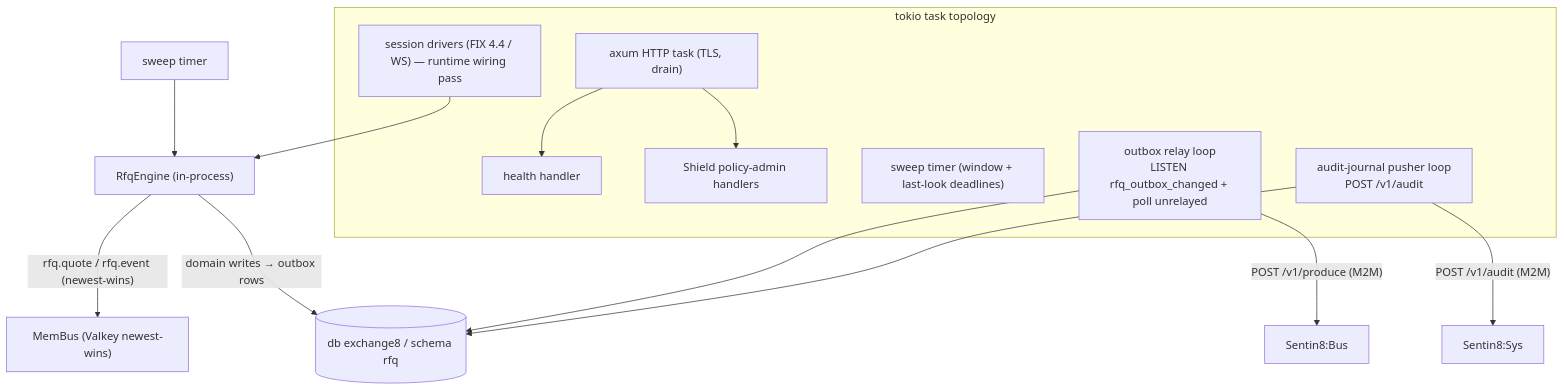
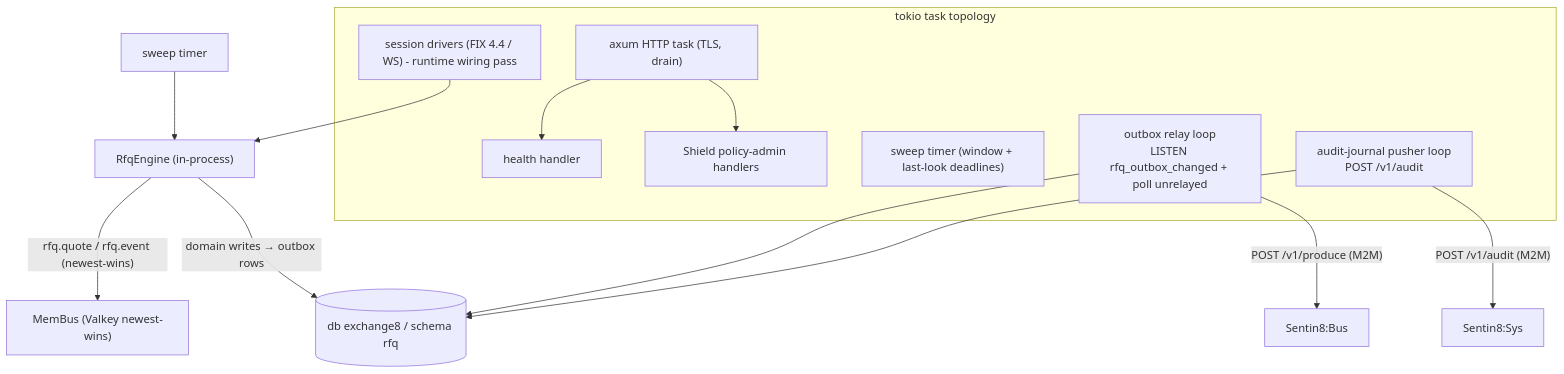
The third of 16 diagrams in DESIGN.md (Exchange8-dev/exchange8-rfq), drawn with Mermaid before and after one commit. The commit also changed other lines of this file and 15 other files, not shown here.

````diff
--- a/DESIGN.md
+++ b/DESIGN.md
@@ -127,27 +127,27 @@
 ```mermaid
 graph TD
     subgraph tasksT["tokio task topology"]
         HTTPT["axum HTTP task (TLS, drain)"]
         HEALTHQ["health handler"]
         POLADMQ["Shield policy-admin handlers"]
-        SESST["session drivers (FIX 4.4 / WS) — runtime wiring pass"]
+        SESST["session drivers (FIX 4.4 / WS) - runtime wiring pass"]
         SWEEPT["sweep timer (window + last-look deadlines)"]
         RELAYTQ["outbox relay loop<br/>LISTEN rfq_outbox_changed + poll unrelayed"]
         JOURNALTQ["audit-journal pusher loop<br/>POST /v1/audit"]
     end
     PGT[("db exchange8 / schema rfq")]
     BUSTQ["Sentin8:Bus"]
     SYSTQ["Sentin8:Sys"]
     MBUST["MemBus (Valkey newest-wins)"]
 
     HTTPT --> HEALTHQ
     HTTPT --> POLADMQ
     SESST --> ENGINEC["RfqEngine (in-process)"]
     SWEEPX["sweep timer"] --> ENGINEC
     ENGINEC -->|"rfq.quote / rfq.event (newest-wins)"| MBUST
     ENGINEC -->|"domain writes → outbox rows"| PGT
     RELAYTQ --> PGT
     RELAYTQ -->|"POST /v1/produce (M2M)"| BUSTQ
     JOURNALTQ --> PGT
     JOURNALTQ -->|"POST /v1/audit (M2M)"| SYSTQ
 ```
````
